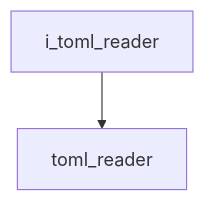
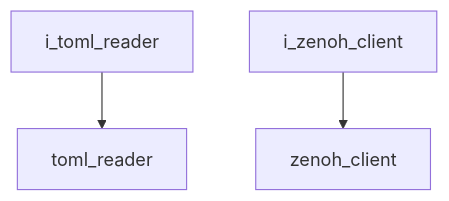
Before and after one commit to kasper-szczerba/autonomous_control_system_wiki: the diagram in docs/codebase/namespaces/utility/index.md, drawn with Mermaid. The commit also changed other lines of this file and 3 other files, not shown here.

Commit message:
added zenoh client

````diff
--- a/docs/codebase/namespaces/utility/index.md
+++ b/docs/codebase/namespaces/utility/index.md
@@ -7,7 +7,10 @@
 ```mermaid
 graph TB
     i_toml_reader["i_toml_reader"]
     toml_reader["toml_reader"]
-    
+    i_zenoh_client["i_zenoh_client"]
+    zenoh_client["zenoh_client"]
+
     i_toml_reader --> toml_reader
+    i_zenoh_client --> zenoh_client
 ```
````
